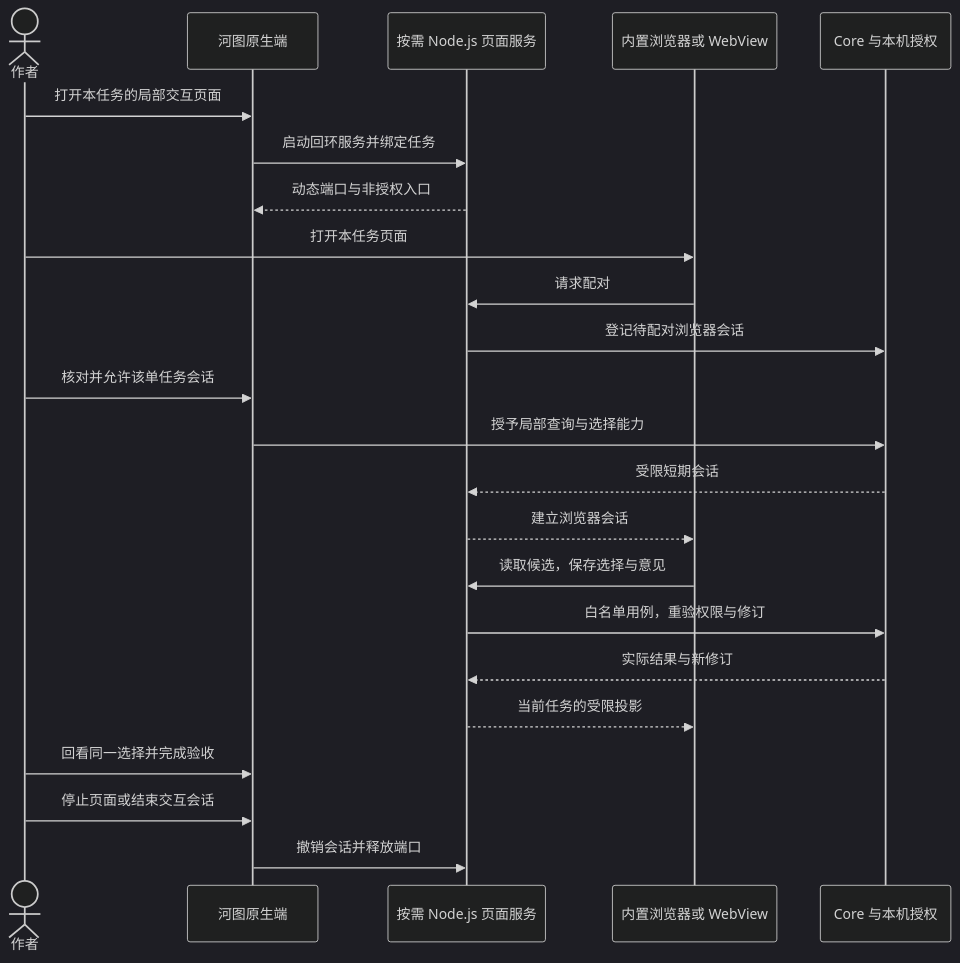
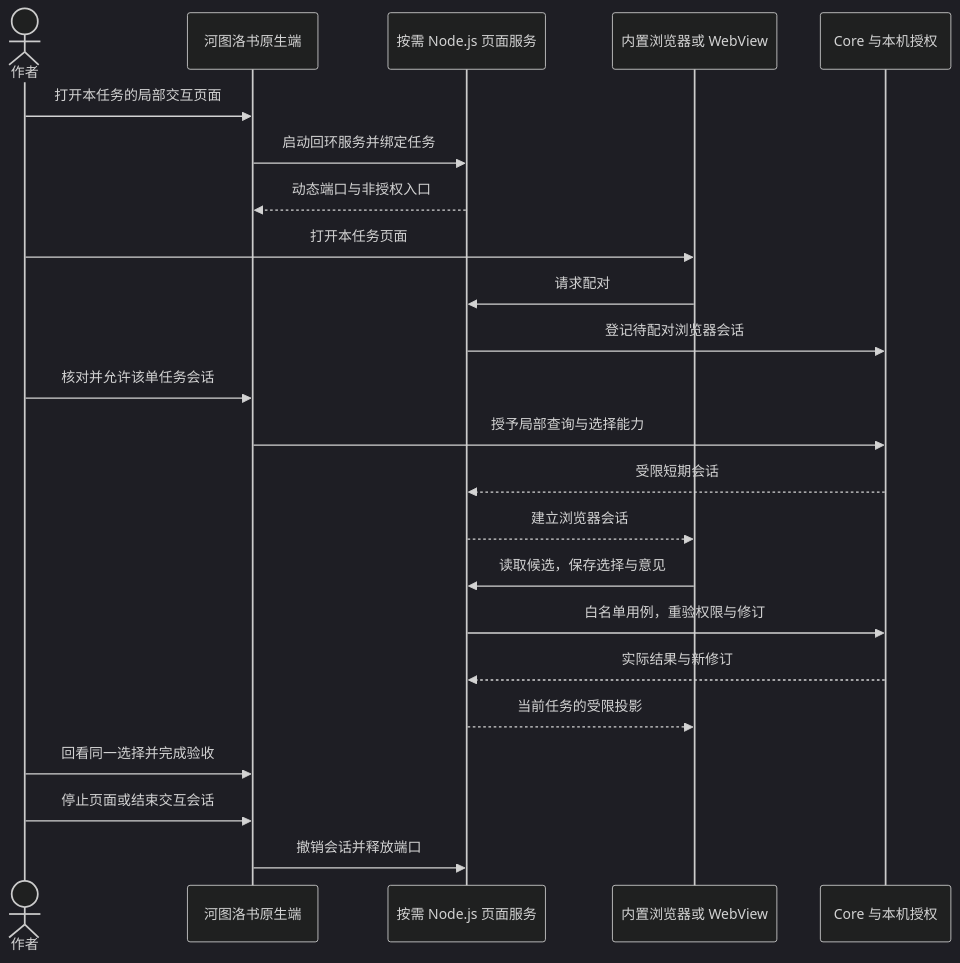
One commit to limecloud/hetu changed the ninth of 35 diagrams in docs/23-业务流程与MCP时序.md. Above: the diagram before and after it, drawn with Mermaid (dark theme). The commit also changed other lines of this file and 156 other files, not shown here.

````diff
--- a/docs/23-业务流程与MCP时序.md
+++ b/docs/23-业务流程与MCP时序.md
@@ -247,25 +248,25 @@
 ```mermaid
 sequenceDiagram
     actor author as 作者
-    participant desktop as 河图原生端
+    participant desktop as 河图洛书原生端
     participant node as 按需 Node.js 页面服务
     participant browser as 内置浏览器或 WebView
     participant core as Core 与本机授权
     author->>desktop: 打开本任务的局部交互页面
     desktop->>node: 启动回环服务并绑定任务
     node-->>desktop: 动态端口与非授权入口
     author->>browser: 打开本任务页面
     browser->>node: 请求配对
     node->>core: 登记待配对浏览器会话
     author->>desktop: 核对并允许该单任务会话
     desktop->>core: 授予局部查询与选择能力
     core-->>node: 受限短期会话
     node-->>browser: 建立浏览器会话
     browser->>node: 读取候选，保存选择与意见
     node->>core: 白名单用例，重验权限与修订
     core-->>node: 实际结果与新修订
     node-->>browser: 当前任务的受限投影
     author->>desktop: 回看同一选择并完成验收
     author->>desktop: 停止页面或结束交互会话
     desktop->>node: 撤销会话并释放端口
 ```
````
